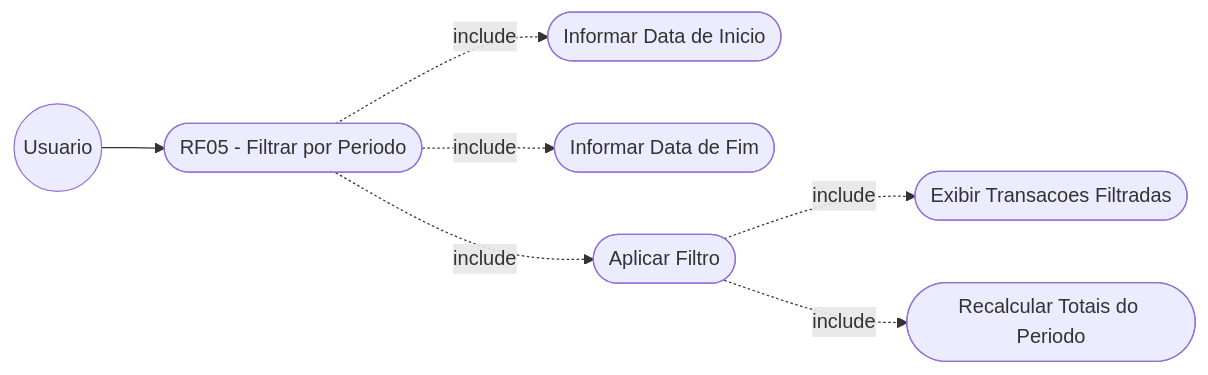
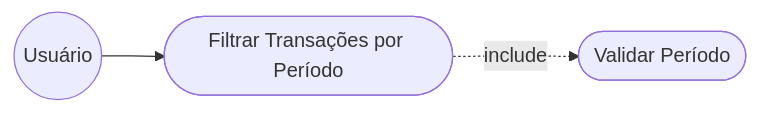
Before and after one commit to NEXA-project-br/NEXA: the fifth of 7 diagrams in relacionamento/dcu.md, drawn with Mermaid. The commit also changed other lines of this file, not shown here.

Commit message:
Update use case descriptions and diagrams

````diff
--- a/relacionamento/dcu.md
+++ b/relacionamento/dcu.md
@@ -107,17 +94,9 @@
 ```mermaid
 graph LR
-  U((Usuario))
-  RF05([RF05 - Filtrar por Periodo])
-  A1([Informar Data de Inicio])
-  A2([Informar Data de Fim])
-  A3([Aplicar Filtro])
-  A4([Exibir Transacoes Filtradas])
-  A5([Recalcular Totais do Periodo])
+  U((Usuário))
+  RF05([Filtrar Transações por Período])
+  A1([Validar Período])
 
   U --> RF05
   RF05 -.->|include| A1
-  RF05 -.->|include| A2
-  RF05 -.->|include| A3
-  A3 -.->|include| A4
-  A3 -.->|include| A5
 ```
````
